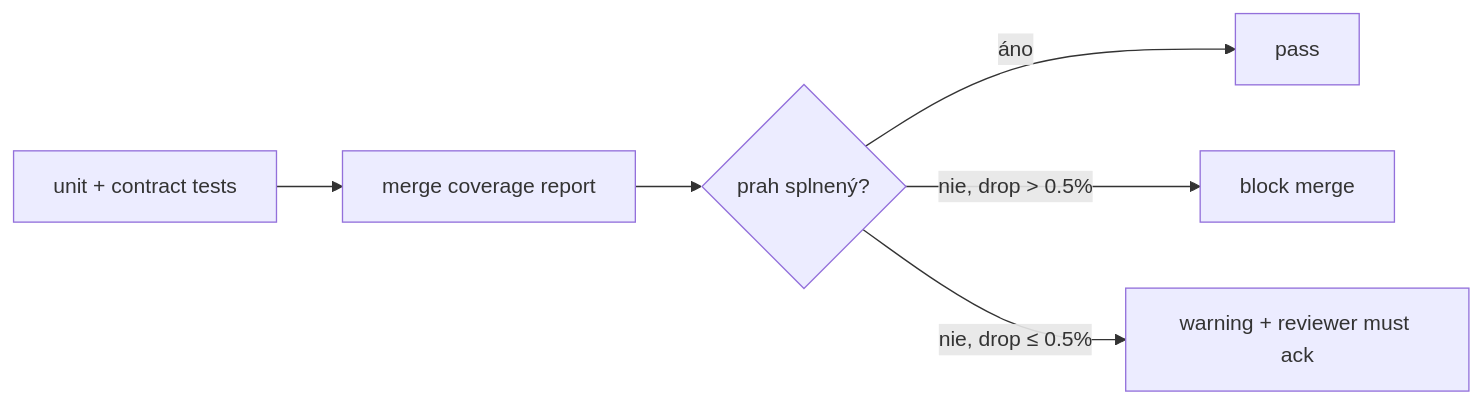
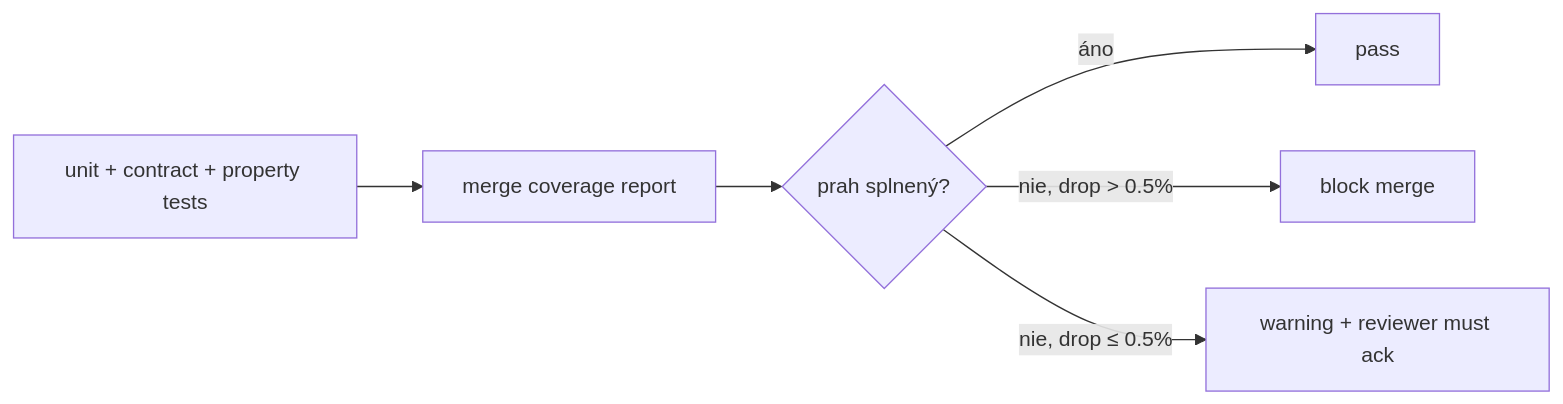
The diagram in docs/agents/qa-test-strategy/coverage-targets.md (Spigotek/SDM-Rewrite), drawn with Mermaid before and after one commit. The commit also changed other lines of this file and 7 other files, not shown here.

````diff
--- a/docs/agents/qa-test-strategy/coverage-targets.md
+++ b/docs/agents/qa-test-strategy/coverage-targets.md
@@ -71,8 +110,8 @@
 ```mermaid
 graph LR
-    UNIT[unit + contract tests] --> COV[merge coverage report]
+    UNIT[unit + contract + property tests] --> COV[merge coverage report]
     COV --> CHECK{prah splnený?}
     CHECK -->|áno| OK[pass]
     CHECK -->|nie, drop > 0.5%| FAIL[block merge]
     CHECK -->|nie, drop ≤ 0.5%| WARN[warning + reviewer must ack]
 ```
````
